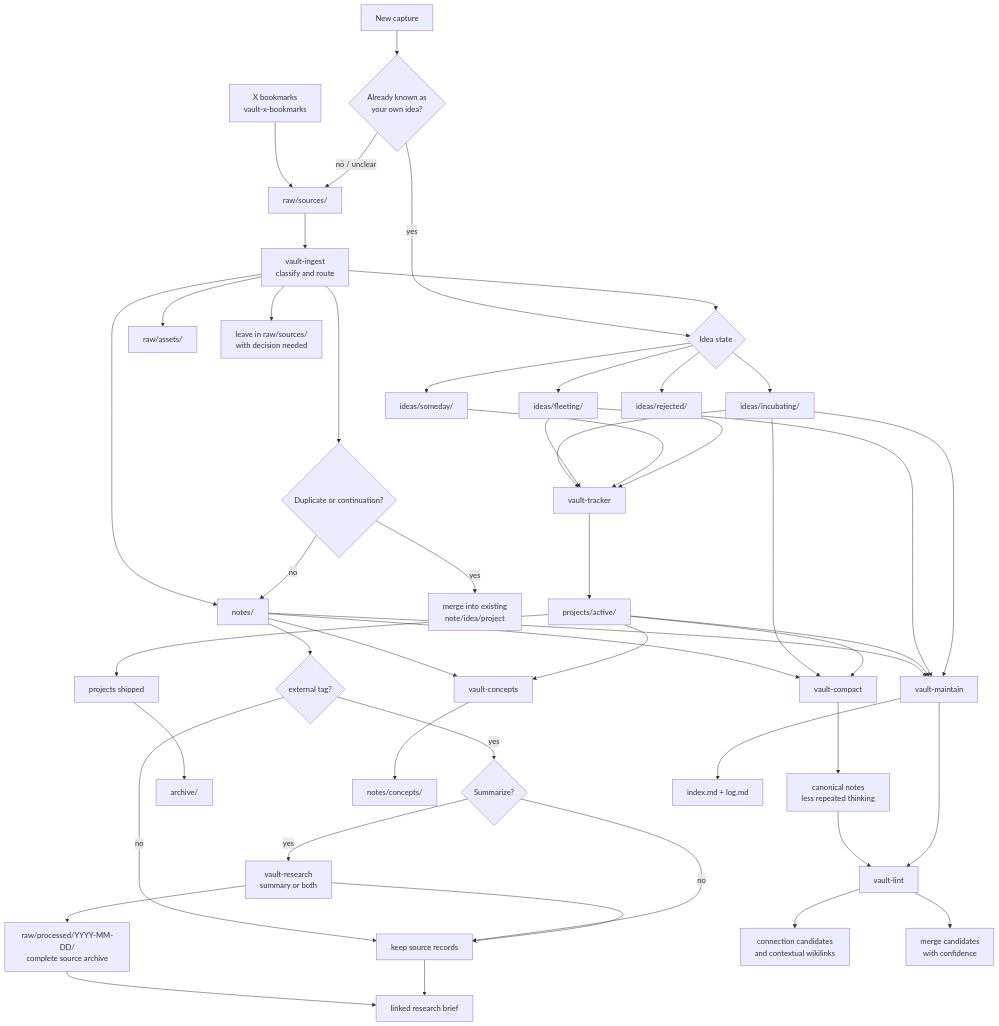
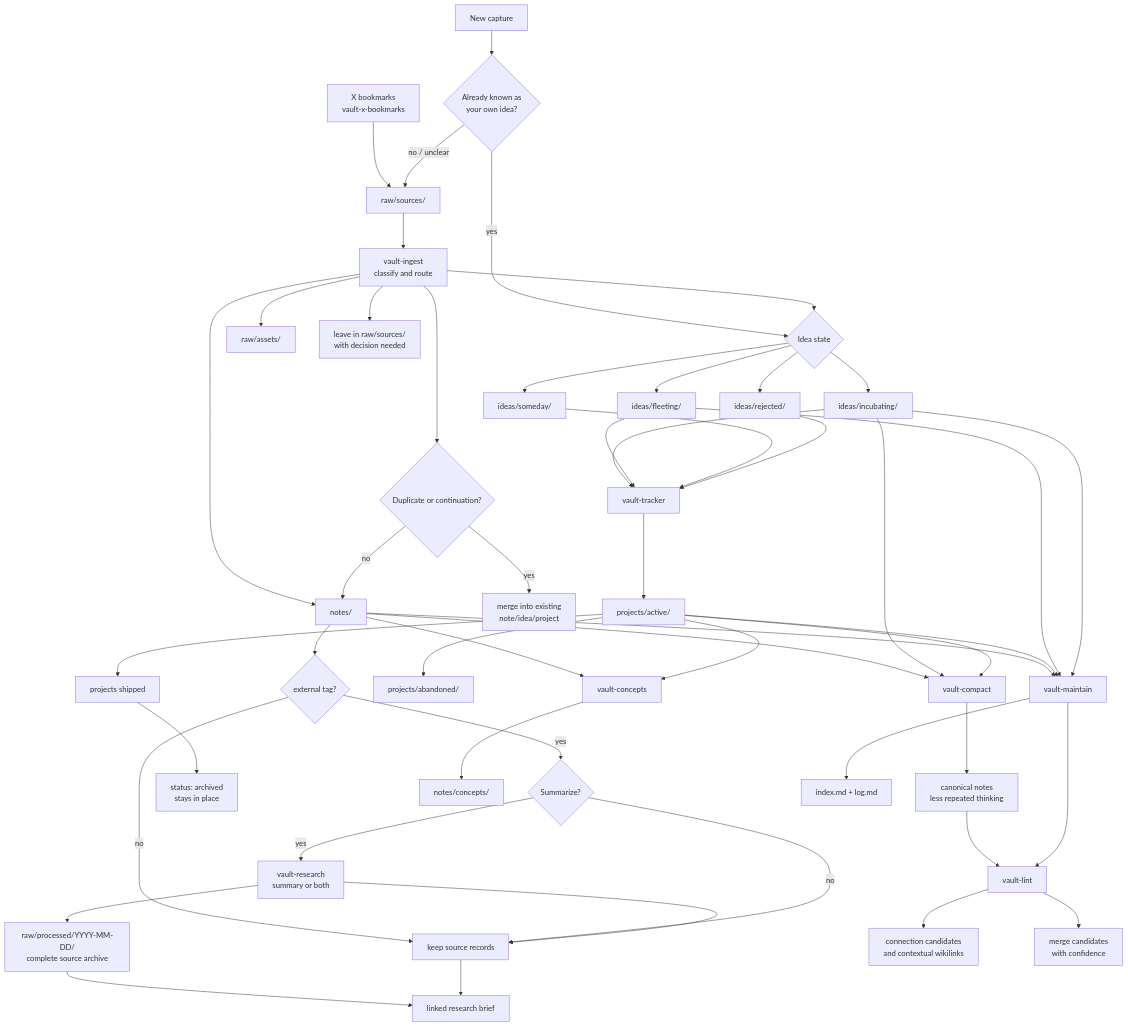
One commit to markphelps/agent-plugins changed the diagram in vault/README.md. Above: the diagram before and after it, drawn with Mermaid. The commit also changed other lines of this file and 4 other files, not shown here.

````diff
--- a/vault/README.md
+++ b/vault/README.md
@@ -38,59 +38,60 @@
 ```mermaid
 flowchart TD
   Capture[New capture] --> KnownIdea{Already known as<br/>your own idea?}
   XBookmarks[X bookmarks<br/>vault-x-bookmarks] --> Raw
 
   KnownIdea -->|yes| IdeaState{Idea state}
   IdeaState --> Fleeting[ideas/fleeting/]
   IdeaState --> Incubating[ideas/incubating/]
   IdeaState --> Someday[ideas/someday/]
   IdeaState --> Rejected[ideas/rejected/]
 
   KnownIdea -->|no / unclear| Raw[raw/sources/]
   Raw --> Ingest[vault-ingest<br/>classify and route]
 
   Ingest --> IdeaState
   Ingest --> Notes[notes/]
   Ingest --> Assets[raw/assets/]
   Ingest --> Ambiguous[leave in raw/sources/<br/>with decision needed]
   Ingest --> Merge{Duplicate or continuation?}
   Merge -->|yes| Existing[merge into existing<br/>note/idea/project]
   Merge -->|no| Notes
 
   Notes --> ExternalTag{external tag?}
   ExternalTag -->|no| SourceRecords[keep source records]
   ExternalTag -->|yes| Research{Summarize?}
   Research -->|no| SourceRecords
   Research -->|yes| ResearchSkill[vault-research<br/>summary or both]
   ResearchSkill --> Processed[raw/processed/YYYY-MM-DD/<br/>complete source archive]
   ResearchSkill --> SourceRecords
   Processed --> Brief[linked research brief]
   SourceRecords --> Brief
 
   Incubating --> Lifecycle[vault-tracker]
   Fleeting --> Lifecycle
   Someday --> Lifecycle
   Rejected --> Lifecycle
   Lifecycle --> Active[projects/active/]
   Active --> Shipped[projects shipped]
-  Shipped --> Archive[archive/]
+  Active --> Abandoned[projects/abandoned/]
+  Shipped --> Archive[status: archived<br/>stays in place]
 
   Notes --> Concepts[vault-concepts]
   Active --> Concepts
   Concepts --> ConceptPages[notes/concepts/]
 
   Notes --> Compact[vault-compact]
   Incubating --> Compact
   Active --> Compact
   Compact --> Canonical[canonical notes<br/>less repeated thinking]
   Canonical --> Lint
 
   Notes --> Maintain[vault-maintain]
   Active --> Maintain
   Fleeting --> Maintain
   Incubating --> Maintain
   Maintain --> Lint[vault-lint]
   Lint --> GraphLinks[connection candidates<br/>and contextual wikilinks]
   Lint --> MergePlan[merge candidates<br/>with confidence]
   Maintain --> IndexLog[index.md + log.md]
 ```
````
